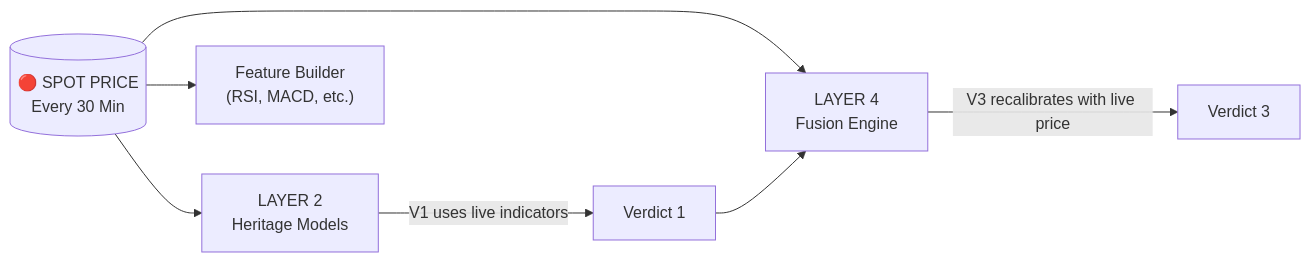
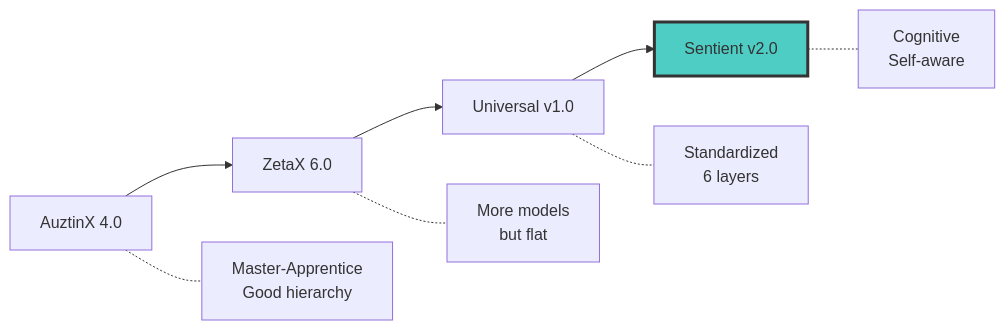
Before and after one commit to pravindev666/Tradyx-Aleph: the fifth of 6 diagrams in README.md, drawn with Mermaid. The commit also changed other lines of this file, not shown here.

````diff
--- a/README.md
+++ b/README.md
@@ -71,10 +233,13 @@
 ```mermaid
-flowchart LR
-    SPOT[("🔴 SPOT PRICE<br/>Every 30 Min")] --> L2["LAYER 2<br/>Heritage Models"]
-    SPOT --> L4["LAYER 4<br/>Fusion Engine"]
-    SPOT --> FEATURES["Feature Builder<br/>(RSI, MACD, etc.)"]
+graph LR
+    A[AuztinX 4.0] --> B[ZetaX 6.0]
+    B --> C[Universal v1.0]
+    C --> D[Sentient v2.0]
     
-    L2 --> |"V1 uses live indicators"| V1[Verdict 1]
-    V1 --> L4
-    L4 --> |"V3 recalibrates with live price"| V3[Verdict 3]
+    A -.- A1["Master-Apprentice<br/>Good hierarchy"]
+    B -.- B1["More models<br/>but flat"]
+    C -.- C1["Standardized<br/>6 layers"]
+    D -.- D1["Cognitive<br/>Self-aware"]
+    
+    style D fill:#4ecdc4,stroke:#333,stroke-width:3px
 ```
````
